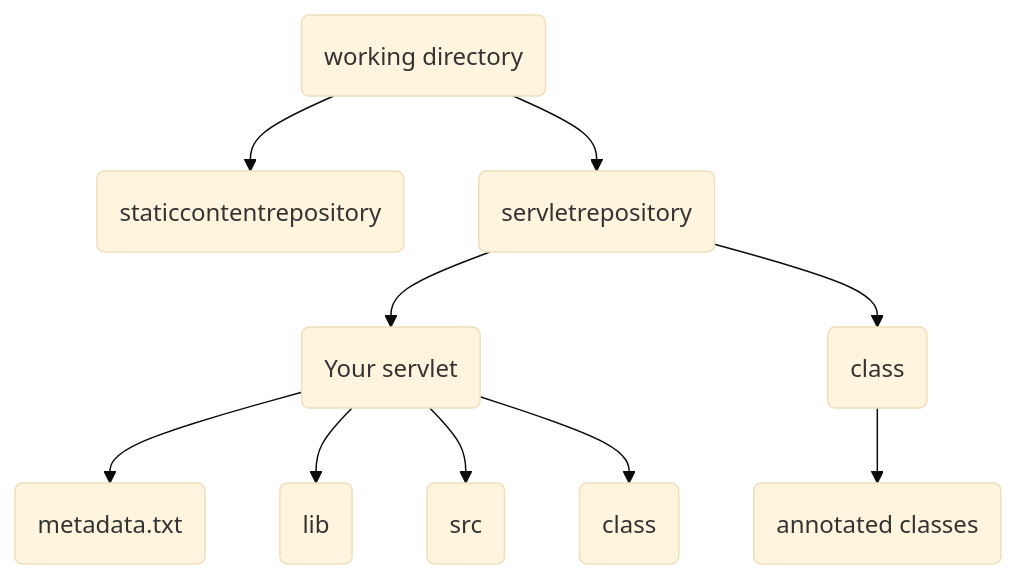
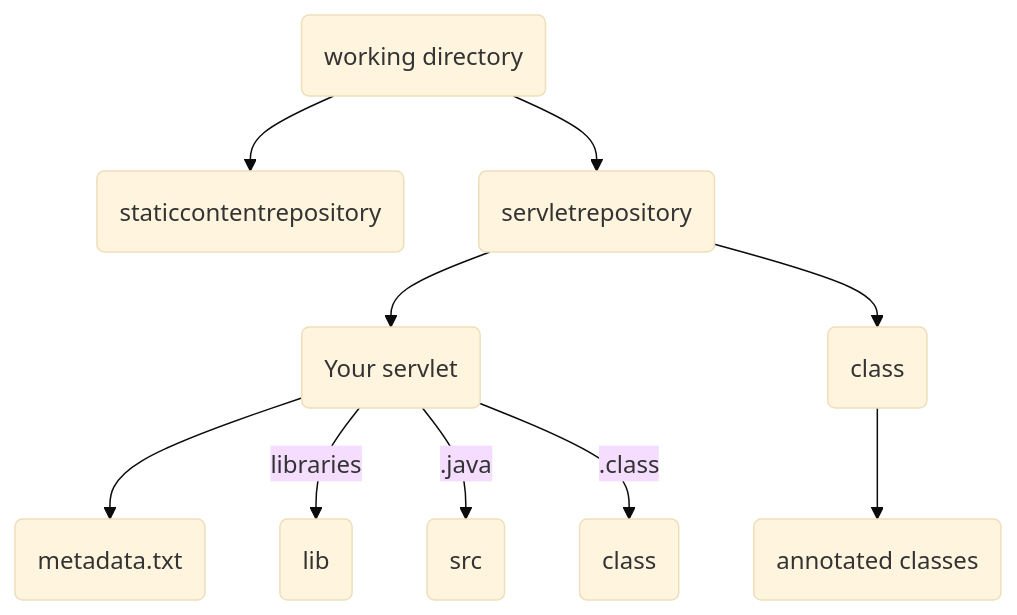
Before and after one commit to flenz00/TPBSCA: the diagram in README.md, drawn with Mermaid (base theme).

````diff
--- a/README.md
+++ b/README.md
@@ -41,12 +41,12 @@
 ```mermaid
 graph TD;
     A(working directory) --> B(staticcontentrepository);
     A(working directory) --> C(servletrepository);
     C(servletrepository) --> D(Your servlet);
     D(Your servlet) --> F(metadata.txt);
-    D(Your servlet) --> G(lib);
-    D(Your servlet) --> H(src);
-    D(Your servlet) --> I(class);
+    D(Your servlet) --> |libraries| G(lib);
+    D(Your servlet) --> |.java| H(src);
+    D(Your servlet) --> |.class| I(class);
     C(servletrepository) --> L(class);
     L(class) --> M(annotated classes); 
 ```
````
